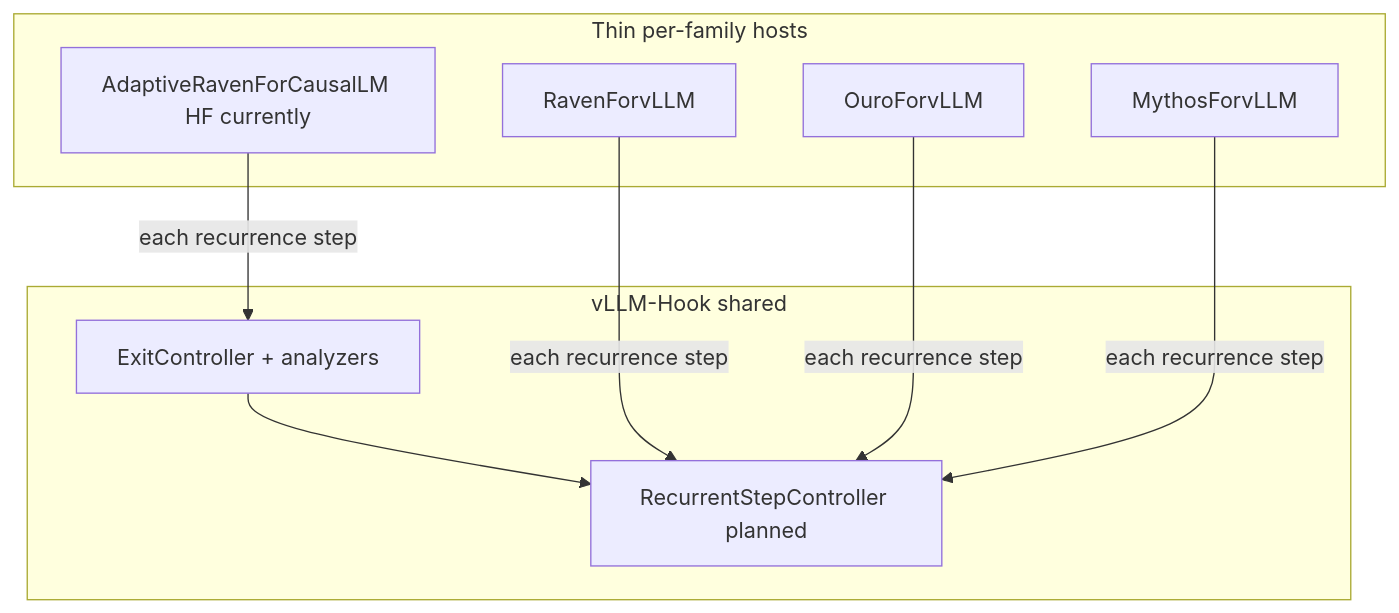
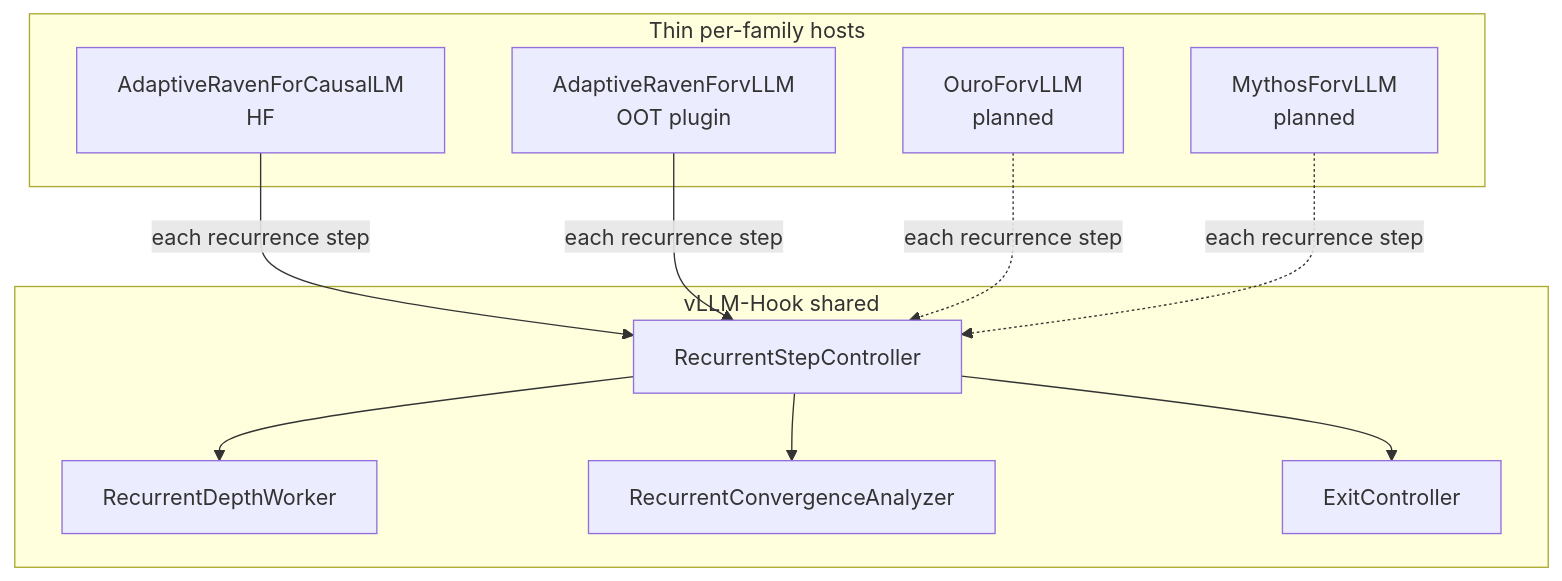
One commit to IBM/vLLM-Hook changed the second of 4 diagrams in docs/use_cases/RecurrentDepth.md. Above: the diagram before and after it, drawn with Mermaid. The commit also changed other lines of this file and 2 other files, not shown here.

Commit message:
ops: vLLM vs HF demo

````diff
--- a/docs/use_cases/RecurrentDepth.md
+++ b/docs/use_cases/RecurrentDepth.md
@@ -79,18 +79,22 @@
 ```mermaid
 flowchart TB
   subgraph hook [vLLM-Hook shared]
-    proto[ExitController + analyzers]
-    helper[RecurrentStepController planned]
-    proto --> helper
+    helper[RecurrentStepController]
+    worker[RecurrentDepthWorker]
+    analyzer[RecurrentConvergenceAnalyzer]
+    exitCtrl[ExitController]
+    helper --> worker
+    helper --> analyzer
+    helper --> exitCtrl
   end
   subgraph family [Thin per-family hosts]
-    hfRaven[AdaptiveRavenForCausalLM HF currently]
-    raven[RavenForvLLM]
-    ouro[OuroForvLLM]
-    mythos[MythosForvLLM]
+    hfRaven[AdaptiveRavenForCausalLM<br/>HF]
+    raven[AdaptiveRavenForvLLM<br/>OOT plugin]
+    ouro[OuroForvLLM<br/>planned]
+    mythos[MythosForvLLM<br/>planned]
   end
-  hfRaven -->|"each recurrence step"| proto
+  hfRaven -->|"each recurrence step"| helper
   raven -->|"each recurrence step"| helper
-  ouro -->|"each recurrence step"| helper
-  mythos -->|"each recurrence step"| helper
+  ouro -.->|"each recurrence step"| helper
+  mythos -.->|"each recurrence step"| helper
 ```
````
